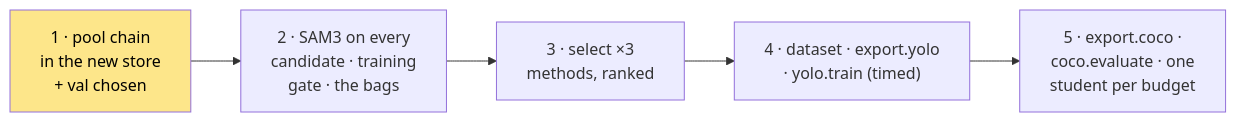
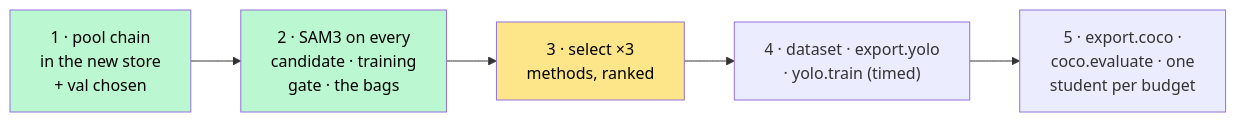
One commit to cupcakes04/Rin changed the diagram in dev/notes/milestones/M4.md. Above: the diagram before and after it, drawn with Mermaid. The commit also changed other lines of this file and 20 other files, not shown here.

````diff
--- a/dev/notes/milestones/M4.md
+++ b/dev/notes/milestones/M4.md
@@ -7,8 +7,10 @@
 ```mermaid
 flowchart LR
     S1["1 · pool chain<br/>in the new store<br/>+ val chosen"] --> S2["2 · SAM3 on every<br/>candidate · training<br/>gate · the bags"]
     S2 --> S3["3 · select ×3<br/>methods, ranked"]
     S3 --> S4["4 · dataset · export.yolo<br/>· yolo.train (timed)"]
     S4 --> S5["5 · export.coco ·<br/>coco.evaluate · one<br/>student per budget"]
-    style S1 fill:#fde68a,color:#000
+    style S1 fill:#bbf7d0,color:#000
+    style S2 fill:#bbf7d0,color:#000
+    style S3 fill:#fde68a,color:#000
 ```
````
